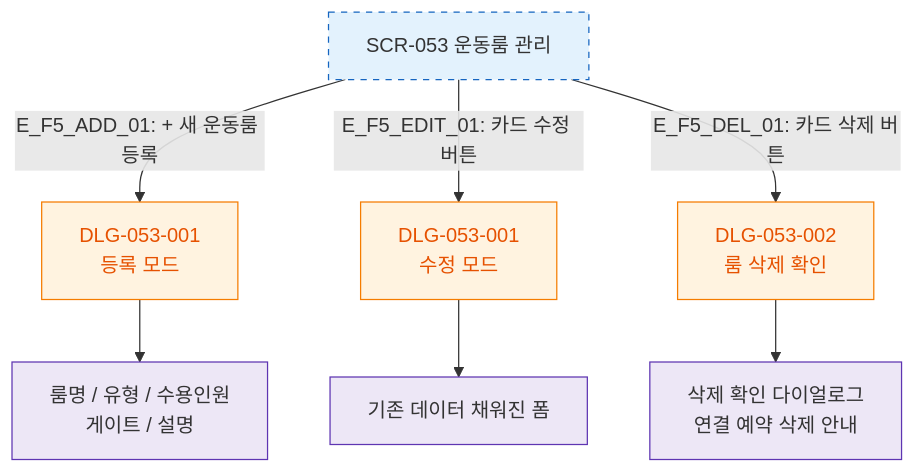
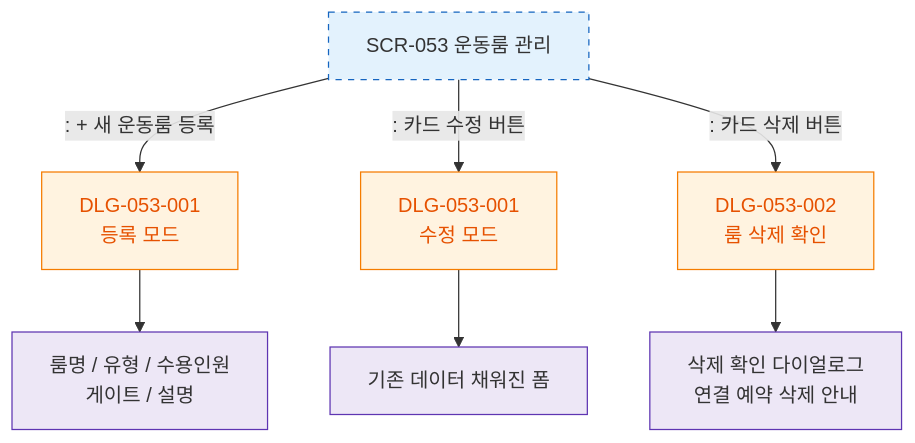
Before and after one commit to dev-spogym/admin-pando: the diagram in docs/다이어그램/D06_시설관리/SCR-053_운동룸관리/F5_모달트리거.md, drawn with Mermaid. The commit also changed other lines of this file and 1660 other files, not shown here.

First line of the commit message:
다이어그램: 기획자/클라이언트 납품본으로 정리

````diff
--- a/docs/다이어그램/D06_시설관리/SCR-053_운동룸관리/F5_모달트리거.md
+++ b/docs/다이어그램/D06_시설관리/SCR-053_운동룸관리/F5_모달트리거.md
@@ -16,19 +14,19 @@
 ```mermaid
 flowchart TD
     SCR_053[SCR-053 운동룸 관리]
 
-    SCR_053 -->|"E_F5_ADD_01: + 새 운동룸 등록"| DLG001_new[DLG-053-001\n등록 모드]
-    SCR_053 -->|"E_F5_EDIT_01: 카드 수정 버튼"| DLG001_edit[DLG-053-001\n수정 모드]
-    SCR_053 -->|"E_F5_DEL_01: 카드 삭제 버튼"| DLG002[DLG-053-002\n룸 삭제 확인]
+    SCR_053 -->|": + 새 운동룸 등록"|DLG001_new[DLG-053-001\n등록 모드]
+    SCR_053 -->|": 카드 수정 버튼"|DLG001_edit[DLG-053-001\n수정 모드]
+    SCR_053 -->|": 카드 삭제 버튼"|DLG002[DLG-053-002\n룸 삭제 확인]
 
     DLG001_new --> Fields_new[룸명 / 유형 / 수용인원\n게이트 / 설명]
     DLG001_edit --> Fields_edit[기존 데이터 채워진 폼]
     DLG002 --> ConfirmText[삭제 확인 다이얼로그\n연결 예약 삭제 안내]
 
     classDef screen fill:#E3F2FD,stroke:#1565C0,stroke-dasharray:5 5
     classDef modal fill:#FFF3E0,stroke:#F57C00,color:#E65100
     classDef system fill:#EDE7F6,stroke:#5E35B2
     class SCR_053 screen
     class DLG001_new,DLG001_edit,DLG002 modal
     class Fields_new,Fields_edit,ConfirmText system
 ```
````
